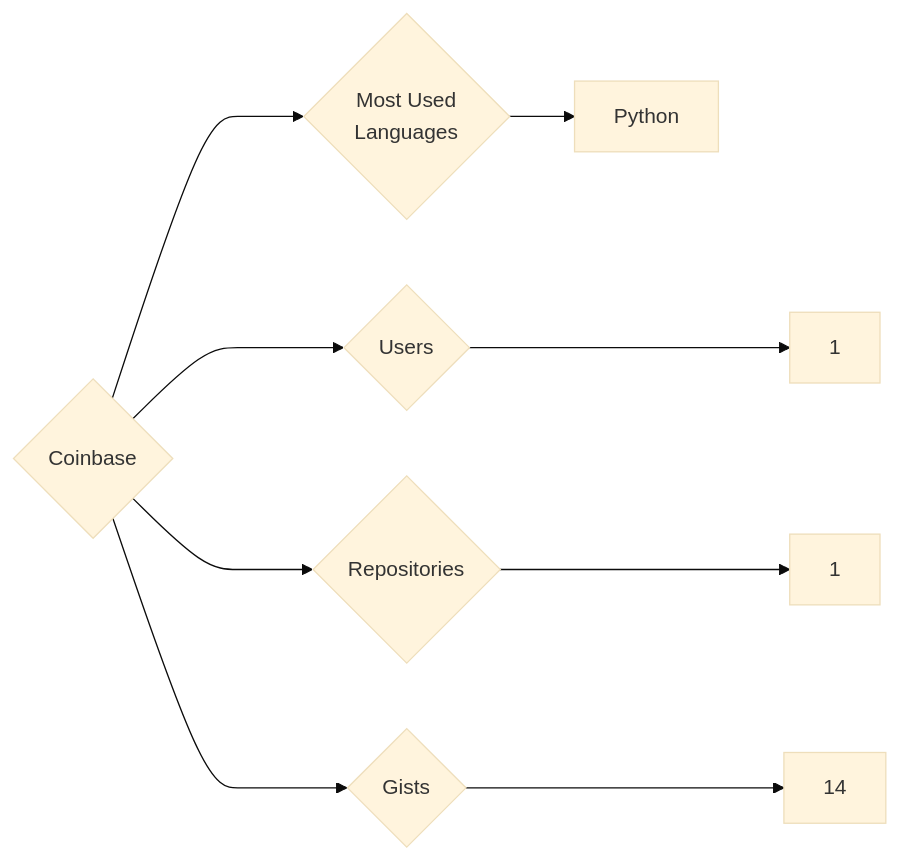
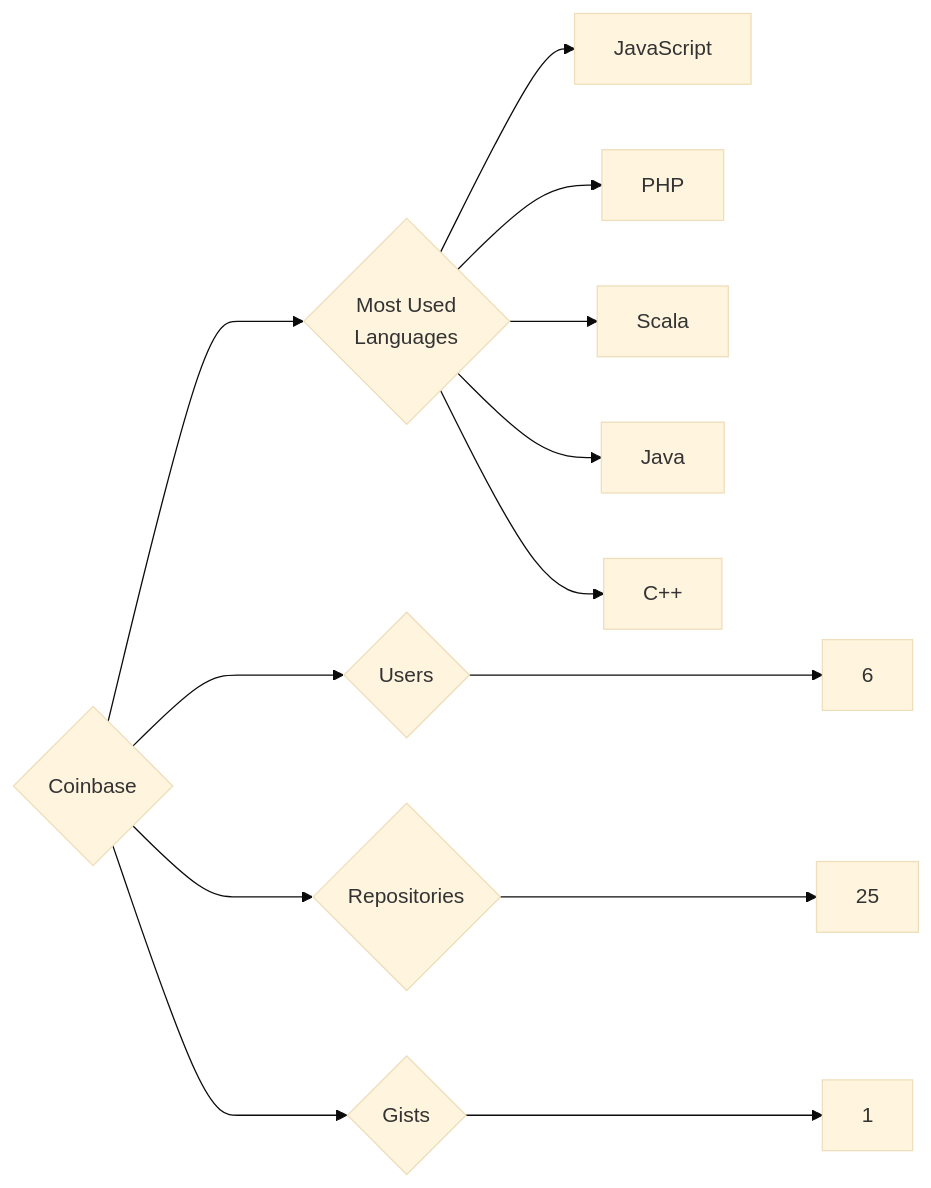
Before and after one commit to trickest/insiders: the diagram in targets/Coinbase/README.md, drawn with Mermaid (base theme). The commit also changed 1003 other files, not shown here.

````diff
--- a/targets/Coinbase/README.md
+++ b/targets/Coinbase/README.md
@@ -3,9 +3,13 @@
 ```mermaid
 graph LR
 COMPANY_NAME{Coinbase}
-COMPANY_NAME ---> U{Users} ---> UN[1]
-COMPANY_NAME ---> R{Repositories} ---> RN[1]
-COMPANY_NAME ---> G{Gists} ---> GN[14]
+COMPANY_NAME ---> U{Users} ---> UN[6]
+COMPANY_NAME ---> R{Repositories} ---> RN[25]
+COMPANY_NAME ---> G{Gists} ---> GN[1]
 COMPANY_NAME ---> ML{Most Used<br>Languages}
-ML --> Python[Python]
+ML --> JavaScript[JavaScript]
+ML --> PHP[PHP]
+ML --> Scala[Scala]
+ML --> Java[Java]
+ML --> C++[C++]
 ```
````
